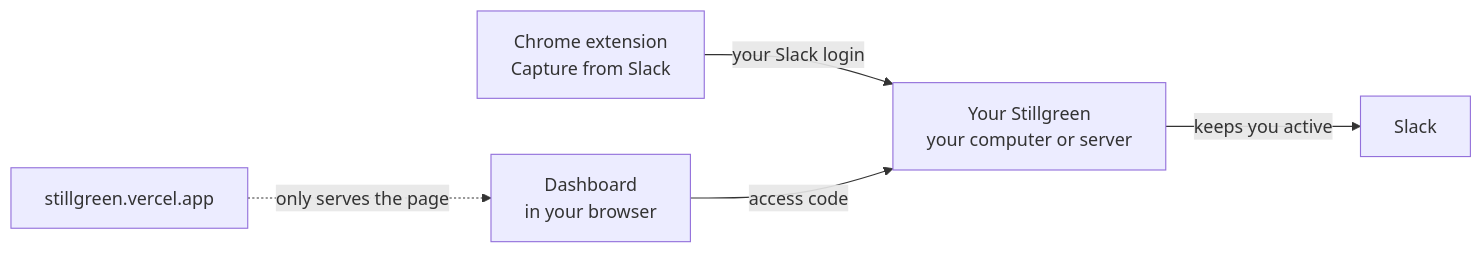
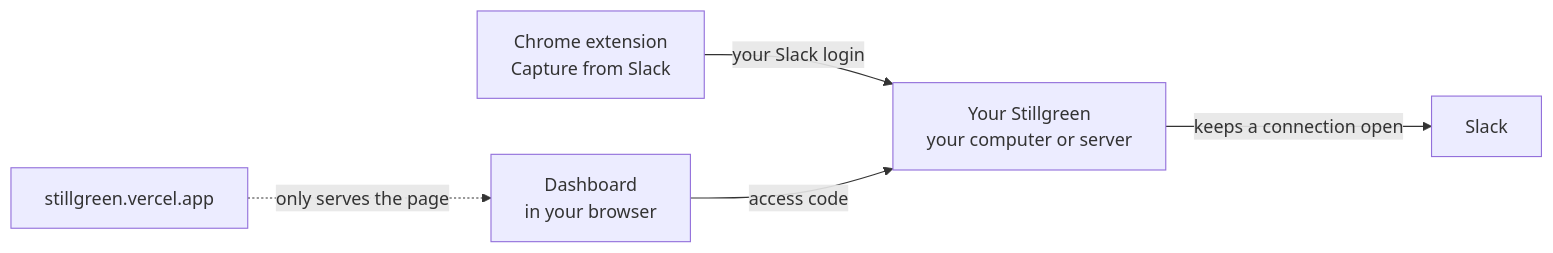
One commit to laxmideepak/Still-Green changed the diagram in README.md. Above: the diagram before and after it, drawn with Mermaid. The commit also changed other lines of this file and 67 other files, not shown here.

````diff
--- a/README.md
+++ b/README.md
@@ -65,7 +74,7 @@
 ```mermaid
 flowchart LR
     ext["Chrome extension<br/>Capture from Slack"] -- "your Slack login" --> sg
     dash["Dashboard<br/>in your browser"] -- "access code" --> sg
-    sg["Your Stillgreen<br/>your computer or server"] -- "keeps you active" --> slack["Slack"]
+    sg["Your Stillgreen<br/>your computer or server"] -- "keeps a connection open" --> slack["Slack"]
     site["stillgreen.vercel.app"] -. "only serves the page" .-> dash
 ```
````
